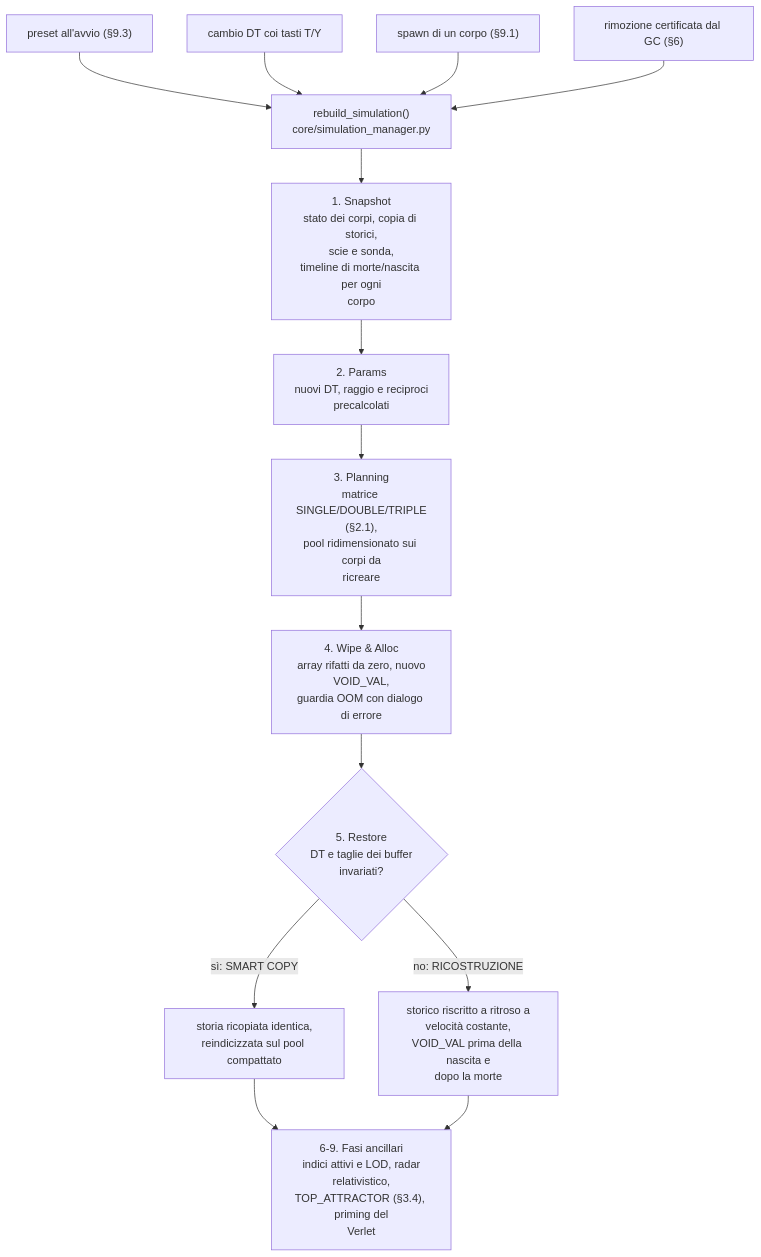
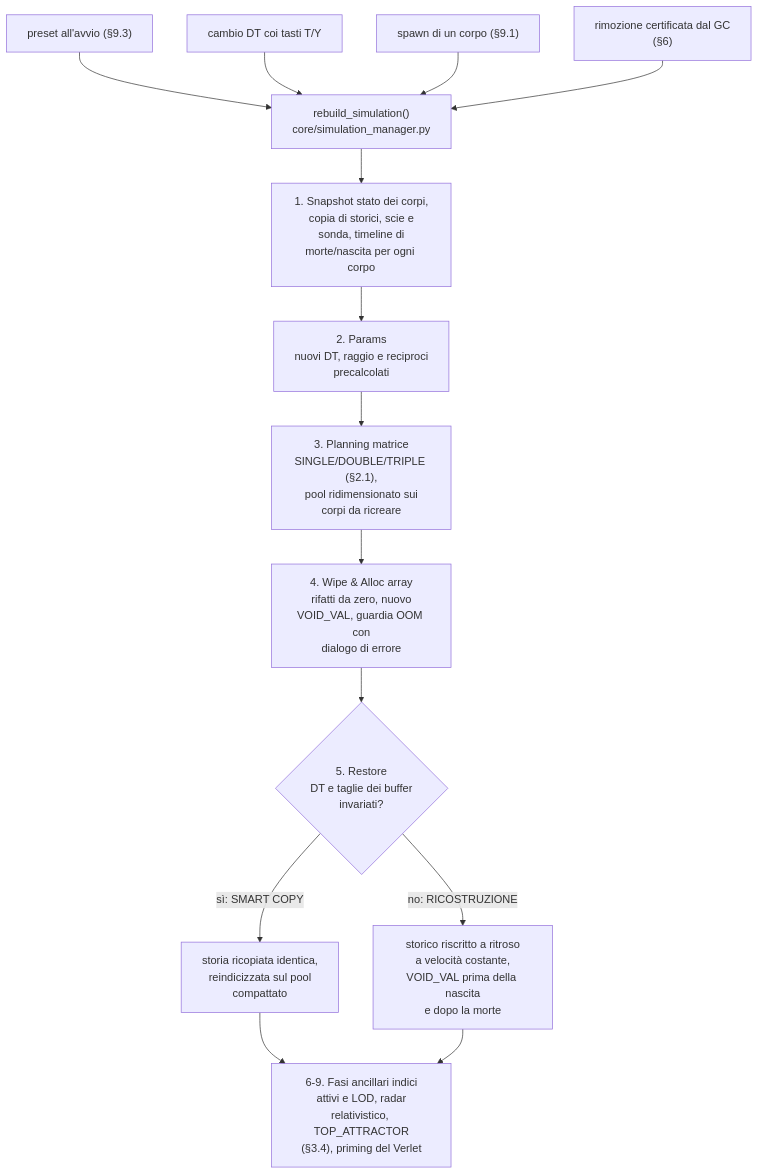
The third of 11 diagrams in ARCHITECTURE_DEEP_DIVE.it.md (alessandro-pioli/AstroCausal_Engine), drawn with Mermaid before and after one commit. The commit also changed other lines of this file and 2 other files, not shown here.

Commit message:
docs: leggibilita dei diagrammi e igiene del gitignore

````diff
--- a/ARCHITECTURE_DEEP_DIVE.it.md
+++ b/ARCHITECTURE_DEEP_DIVE.it.md
@@ -378,20 +378,20 @@
 ```mermaid
 flowchart TD
     T1["preset all'avvio (§9.3)"] --> R
     T2["cambio DT coi tasti T/Y"] --> R
     T3["spawn di un corpo (§9.1)"] --> R
-    T4["rimozione certificata dal GC (§6)"] --> R
+    T4["rimozione certificata dal GC<br/>(§6)"] --> R
 
     R["rebuild_simulation()<br/>core/simulation_manager.py"] --> F1
 
-    F1["1. Snapshot<br/>stato dei corpi, copia di storici,<br/>scie e sonda,<br/>timeline di morte/nascita per ogni<br/>corpo"] --> F2
+    F1["1. Snapshot stato dei corpi,<br/>copia di storici, scie e<br/>sonda, timeline di<br/>morte/nascita per ogni corpo"] --> F2
     F2["2. Params<br/>nuovi DT, raggio e reciproci<br/>precalcolati"] --> F3
-    F3["3. Planning<br/>matrice SINGLE/DOUBLE/TRIPLE<br/>(§2.1),<br/>pool ridimensionato sui corpi da<br/>ricreare"] --> F4
-    F4["4. Wipe &amp; Alloc<br/>array rifatti da zero, nuovo<br/>VOID_VAL,<br/>guardia OOM con dialogo di errore"] --> F5
+    F3["3. Planning matrice<br/>SINGLE/DOUBLE/TRIPLE (§2.1),<br/>pool ridimensionato sui<br/>corpi da ricreare"] --> F4
+    F4["4. Wipe &amp; Alloc array<br/>rifatti da zero, nuovo<br/>VOID_VAL, guardia OOM con<br/>dialogo di errore"] --> F5
     F5{"5. Restore<br/>DT e taglie dei buffer<br/>invariati?"}
-    F5 -->|"sì: SMART COPY"| C1["storia ricopiata identica,<br/>reindicizzata sul pool compattato"]
-    F5 -->|"no: RICOSTRUZIONE"| C2["storico riscritto a ritroso a<br/>velocità costante,<br/>VOID_VAL prima della nascita e<br/>dopo la morte"]
+    F5 -->|"sì: SMART COPY"| C1["storia ricopiata identica,<br/>reindicizzata sul pool<br/>compattato"]
+    F5 -->|"no: RICOSTRUZIONE"| C2["storico riscritto a ritroso<br/>a velocità costante,<br/>VOID_VAL prima della nascita<br/>e dopo la morte"]
     C1 --> F6
     C2 --> F6
-    F6["6-9. Fasi ancillari<br/>indici attivi e LOD, radar<br/>relativistico,<br/>TOP_ATTRACTOR (§3.4), priming del<br/>Verlet"]
+    F6["6-9. Fasi ancillari indici<br/>attivi e LOD, radar<br/>relativistico, TOP_ATTRACTOR<br/>(§3.4), priming del Verlet"]
 ```
````
